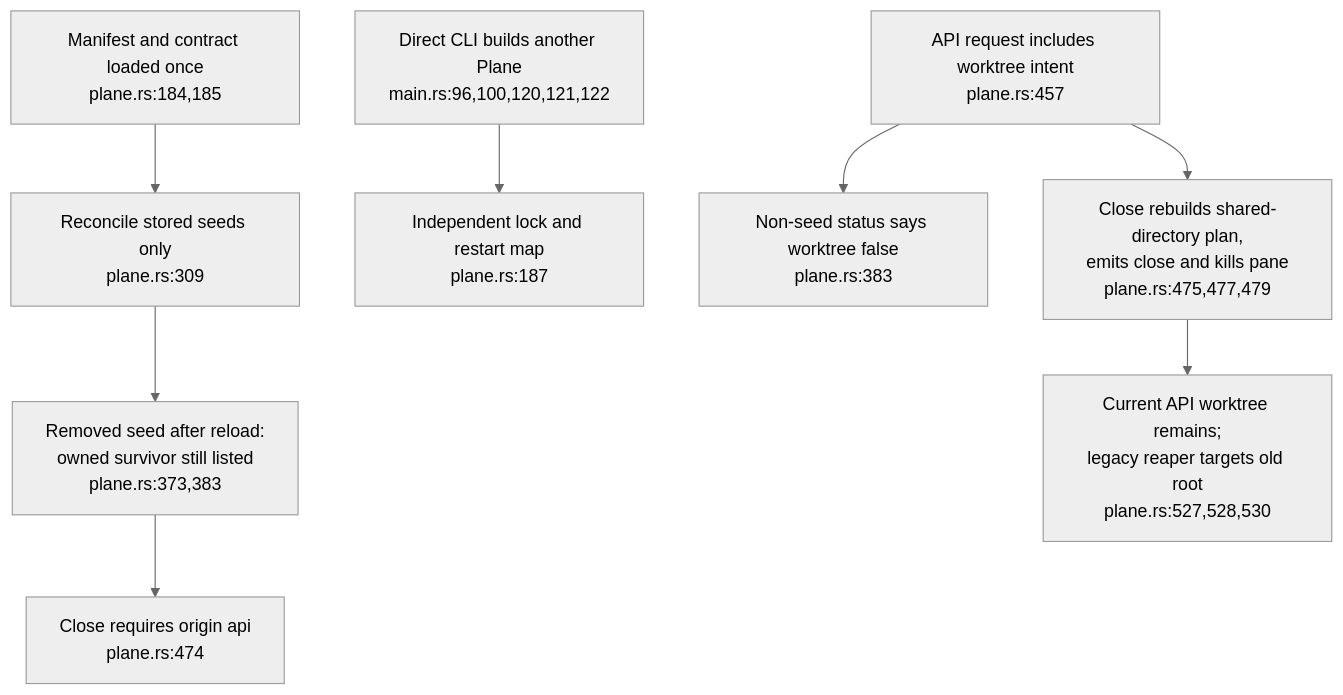
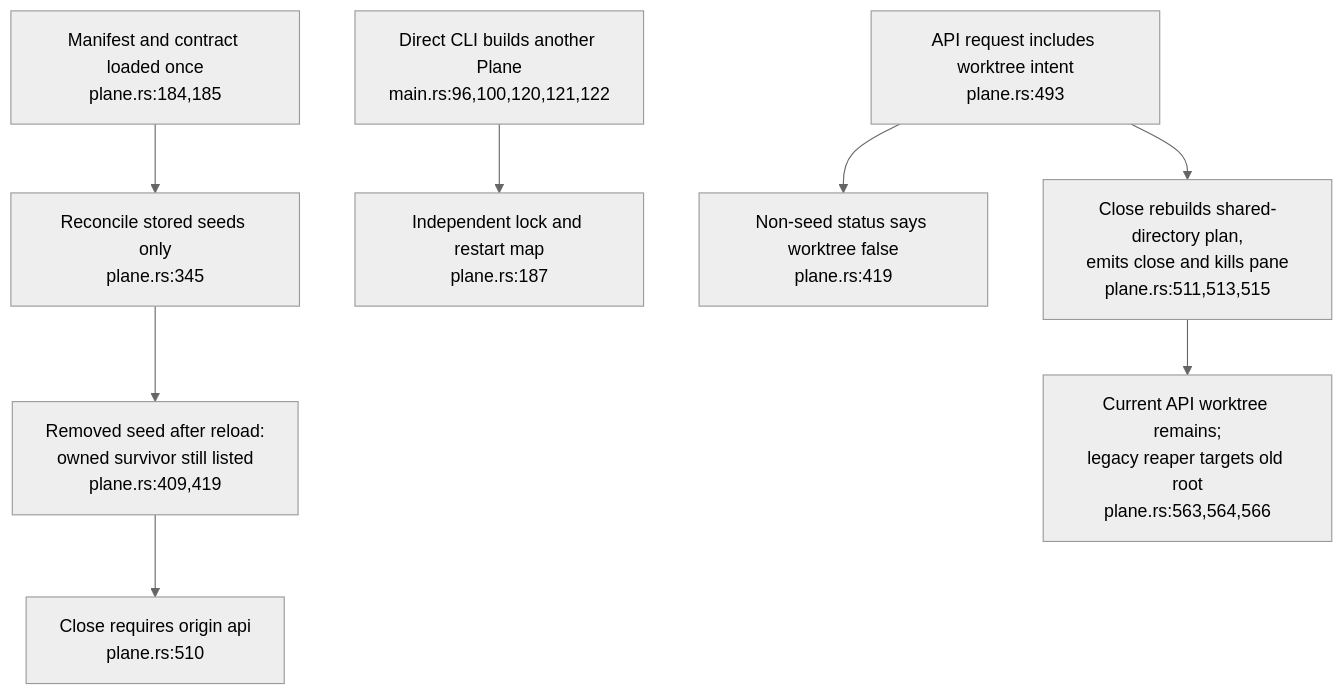
One commit to DreamLab-AI/VisionFlow changed the fourth of 6 diagrams in docs/diagrams/agentbox/39-session-reconciliation-and-delivery.md. Above: the diagram before and after it, drawn with Mermaid (neutral theme). The commit also changed other lines of this file and 9 other files, not shown here.

````diff
--- a/docs/diagrams/agentbox/39-session-reconciliation-and-delivery.md
+++ b/docs/diagrams/agentbox/39-session-reconciliation-and-delivery.md
@@ -75,10 +76,10 @@
 ```mermaid
 flowchart TD
-    LOAD["Manifest and contract loaded once<br/>plane.rs:184,185"] --> LOOP["Reconcile stored seeds only<br/>plane.rs:309"]
+    LOAD["Manifest and contract loaded once<br/>plane.rs:184,185"] --> LOOP["Reconcile stored seeds only<br/>plane.rs:345"]
     CLI["Direct CLI builds another Plane<br/>main.rs:96,100,120,121,122"] --> SEPARATE["Independent lock and restart map<br/>plane.rs:187"]
-    LOOP --> REMOVE["Removed seed after reload:<br/>owned survivor still listed<br/>plane.rs:373,383"]
-    REMOVE --> REFUSE["Close requires origin api<br/>plane.rs:474"]
-    CREATE["API request includes worktree intent<br/>plane.rs:457"] --> STATUS["Non-seed status says worktree false<br/>plane.rs:383"]
-    CREATE --> CLOSE["Close rebuilds shared-directory plan,<br/>emits close and kills pane<br/>plane.rs:475,477,479"]
-    CLOSE --> LEFT["Current API worktree remains;<br/>legacy reaper targets old root<br/>plane.rs:527,528,530"]
+    LOOP --> REMOVE["Removed seed after reload:<br/>owned survivor still listed<br/>plane.rs:409,419"]
+    REMOVE --> REFUSE["Close requires origin api<br/>plane.rs:510"]
+    CREATE["API request includes worktree intent<br/>plane.rs:493"] --> STATUS["Non-seed status says worktree false<br/>plane.rs:419"]
+    CREATE --> CLOSE["Close rebuilds shared-directory plan,<br/>emits close and kills pane<br/>plane.rs:511,513,515"]
+    CLOSE --> LEFT["Current API worktree remains;<br/>legacy reaper targets old root<br/>plane.rs:563,564,566"]
 ```
````
